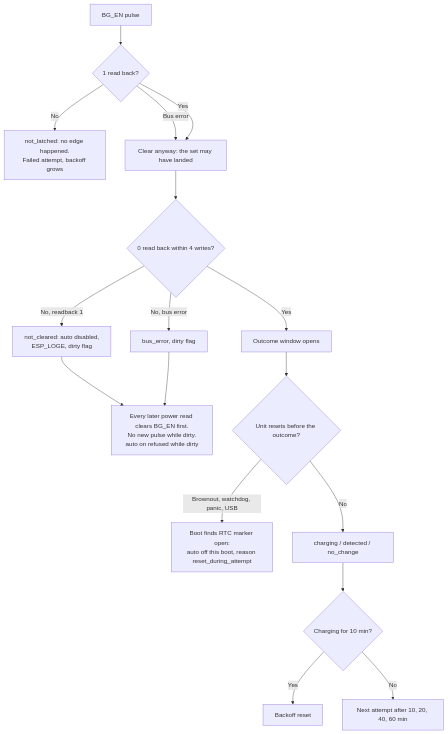
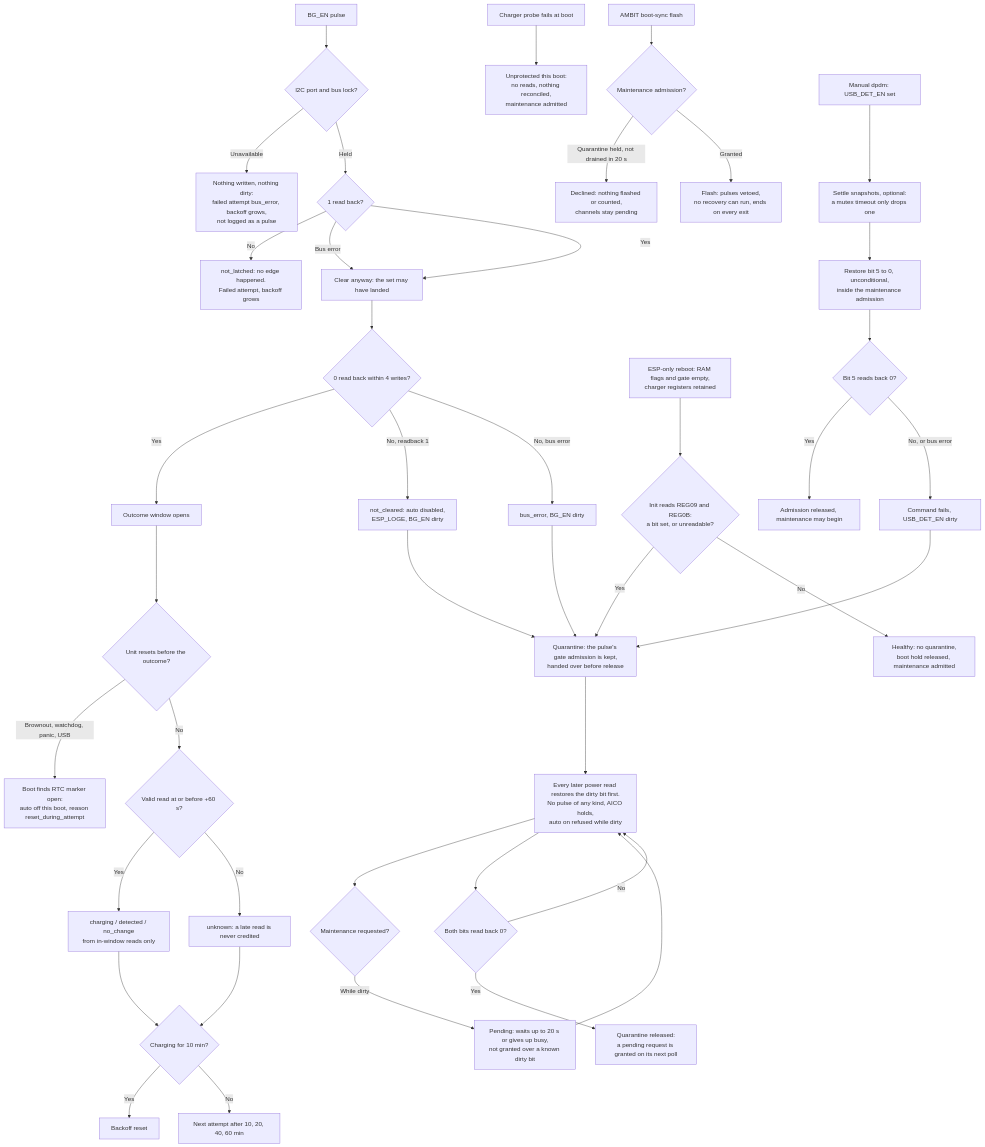
One commit to Jan-IngenHousz-Institute/ambyte-iot changed the third of 3 diagrams in docs/charger-redetect.md. Above: the diagram before and after it, drawn with Mermaid. The commit also changed other lines of this file and 26 other files, not shown here.

First line of the commit message:
fix(charger): restore DP/DM on every exit and harden re-detect outcomes (#112)

````diff
--- a/docs/charger-redetect.md
+++ b/docs/charger-redetect.md
@@ -185,19 +252,44 @@
 ```mermaid
 flowchart TD
-    A[BG_EN pulse] --> B{1 read back?}
+    A[BG_EN pulse] --> L{I2C port and bus lock?}
+    L -- Unavailable --> N[Nothing written, nothing dirty:<br/>failed attempt bus_error, backoff grows,<br/>not logged as a pulse]
+    L -- Held --> B{1 read back?}
     B -- No --> F1[not_latched: no edge happened.<br/>Failed attempt, backoff grows]
     B -- Bus error --> C[Clear anyway: the set may have landed]
     B -- Yes --> C
     C --> D{0 read back within 4 writes?}
     D -- Yes --> OK[Outcome window opens]
-    D -- No, readback 1 --> S[not_cleared: auto disabled,<br/>ESP_LOGE, dirty flag]
-    D -- No, bus error --> T[bus_error, dirty flag]
-    S --> R[Every later power read clears BG_EN first.<br/>No new pulse while dirty.<br/>auto on refused while dirty]
-    T --> R
+    D -- No, readback 1 --> S[not_cleared: auto disabled,<br/>ESP_LOGE, BG_EN dirty]
+    D -- No, bus error --> T[bus_error, BG_EN dirty]
+    S --> QH[Quarantine: the pulse's gate admission is kept,<br/>handed over before release]
+    T --> QH
+    QH --> R[Every later power read restores the dirty bit first.<br/>No pulse of any kind, AICO holds,<br/>auto on refused while dirty]
+    R --> MQ{Maintenance requested?}
+    MQ -- While dirty --> MW[Pending: waits up to 20 s or gives up busy,<br/>not granted over a known dirty bit]
+    MW --> R
+    R --> RC{Both bits read back 0?}
+    RC -- Yes --> QR[Quarantine released:<br/>a pending request is granted on its next poll]
+    RC -- No --> R
+    BOOT[ESP-only reboot: RAM flags and gate empty,<br/>charger registers retained] --> RI{Init reads REG09 and REG0B:<br/>a bit set, or unreadable?}
+    RI -- Yes --> QH
+    RI -- No --> CLEAN[Healthy: no quarantine,<br/>boot hold released, maintenance admitted]
+    PF[Charger probe fails at boot] --> UNP[Unprotected this boot:<br/>no reads, nothing reconciled,<br/>maintenance admitted]
+    BF[AMBIT boot-sync flash] --> BA{Maintenance admission?}
+    BA -- Quarantine held, not drained in 20 s --> BD[Declined: nothing flashed or counted,<br/>channels stay pending]
+    BA -- Granted --> BFL[Flash: pulses vetoed,<br/>no recovery can run, ends on every exit]
     OK --> W{Unit resets before the outcome?}
     W -- Brownout, watchdog, panic, USB --> X[Boot finds RTC marker open:<br/>auto off this boot, reason reset_during_attempt]
-    W -- No --> Y[charging / detected / no_change]
+    W -- No --> V{Valid read at or before +60 s?}
+    V -- Yes --> Y[charging / detected / no_change<br/>from in-window reads only]
+    V -- No --> U[unknown: a late read is never credited]
     Y --> Z{Charging for 10 min?}
+    U --> Z
     Z -- Yes --> Q[Backoff reset]
     Z -- No --> BO[Next attempt after 10, 20, 40, 60 min]
+    M[Manual dpdm: USB_DET_EN set] --> SN[Settle snapshots, optional:<br/>a mutex timeout only drops one]
+    SN --> RS[Restore bit 5 to 0, unconditional,<br/>inside the maintenance admission]
+    RS --> RV{Bit 5 reads back 0?}
+    RV -- Yes --> MOK[Admission released, maintenance may begin]
+    RV -- No, or bus error --> MD[Command fails, USB_DET_EN dirty]
+    MD --> QH
 ```
````
